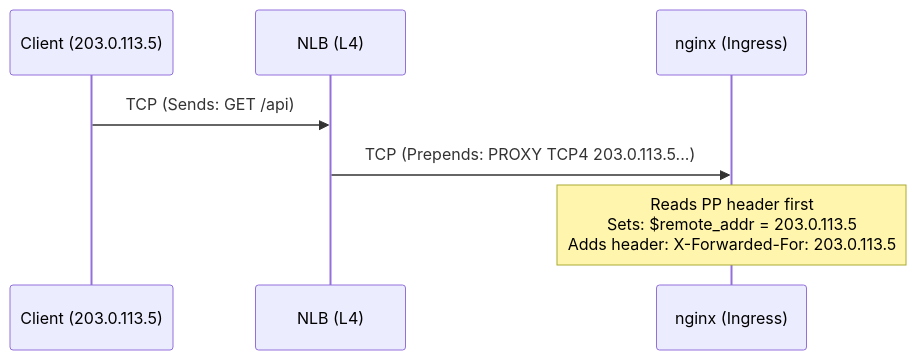
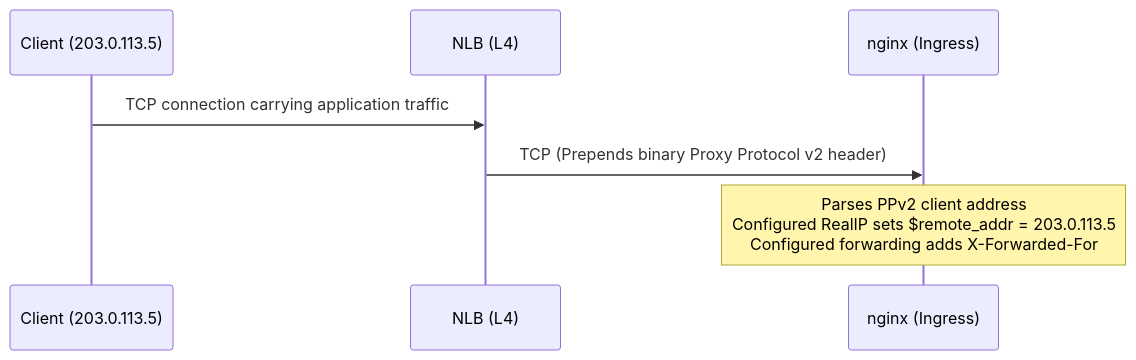
One commit to kube-dojo/kube-dojo.github.io changed the ninth of 13 diagrams in src/content/docs/platform/foundations/advanced-networking/module-1.5-load-balancing.md. Above: the diagram before and after it, drawn with Mermaid. The commit also changed other lines of this file, not shown here.

Commit message:
fix(content): separate NLB address preservation from Proxy Protocol (#2282)

````diff
--- a/src/content/docs/platform/foundations/advanced-networking/module-1.5-load-balancing.md
+++ b/src/content/docs/platform/foundations/advanced-networking/module-1.5-load-balancing.md
@@ -373,10 +375,10 @@
 ```mermaid
 sequenceDiagram
     participant C as Client (203.0.113.5)
     participant N as NLB (L4)
     participant I as nginx (Ingress)
     
-    C->>N: TCP (Sends: GET /api)
-    N->>I: TCP (Prepends: PROXY TCP4 203.0.113.5...)
-    Note over I: Reads PP header first<br>Sets: $remote_addr = 203.0.113.5<br>Adds header: X-Forwarded-For: 203.0.113.5
+    C->>N: TCP connection carrying application traffic
+    N->>I: TCP (Prepends binary Proxy Protocol v2 header)
+    Note over I: Parses PPv2 client address<br>Configured RealIP sets $remote_addr = 203.0.113.5<br>Configured forwarding adds X-Forwarded-For
 ```
````
